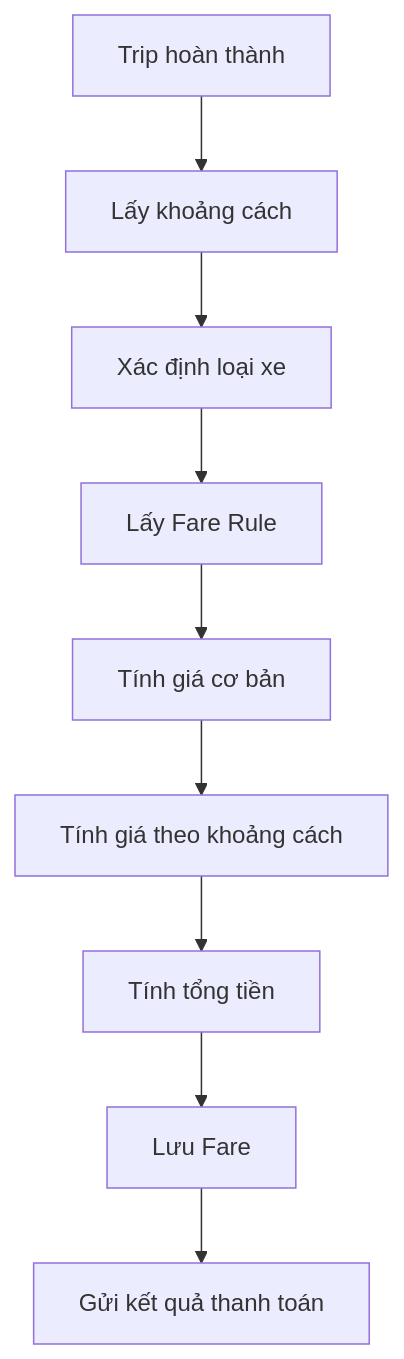
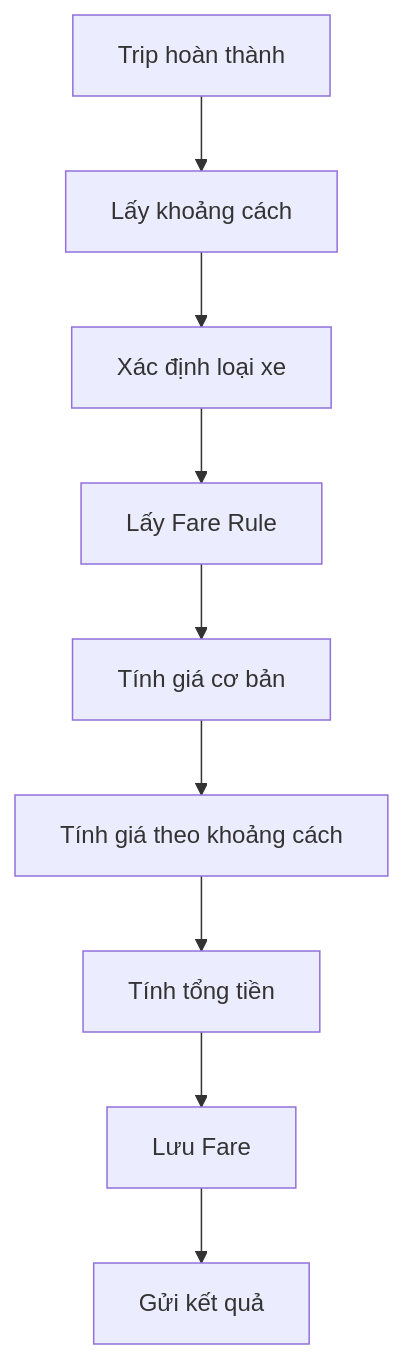
Diagram 13 of 29 in Microservice_Design.md (Phamha0601/23680571_PhamThiThuHa_CabSystem), drawn with Mermaid before and after one commit. The commit also changed other lines of this file, not shown here.

````diff
--- a/Microservice_Design.md
+++ b/Microservice_Design.md
@@ -871,11 +865,11 @@
 ```mermaid
 flowchart TD
     A[Trip hoàn thành] --> B[Lấy khoảng cách]
     B --> C[Xác định loại xe]
     C --> D[Lấy Fare Rule]
     D --> E[Tính giá cơ bản]
     E --> F[Tính giá theo khoảng cách]
     F --> G[Tính tổng tiền]
     G --> H[Lưu Fare]
-    H --> I[Gửi kết quả thanh toán]
+    H --> I[Gửi kết quả]
 ```
````
